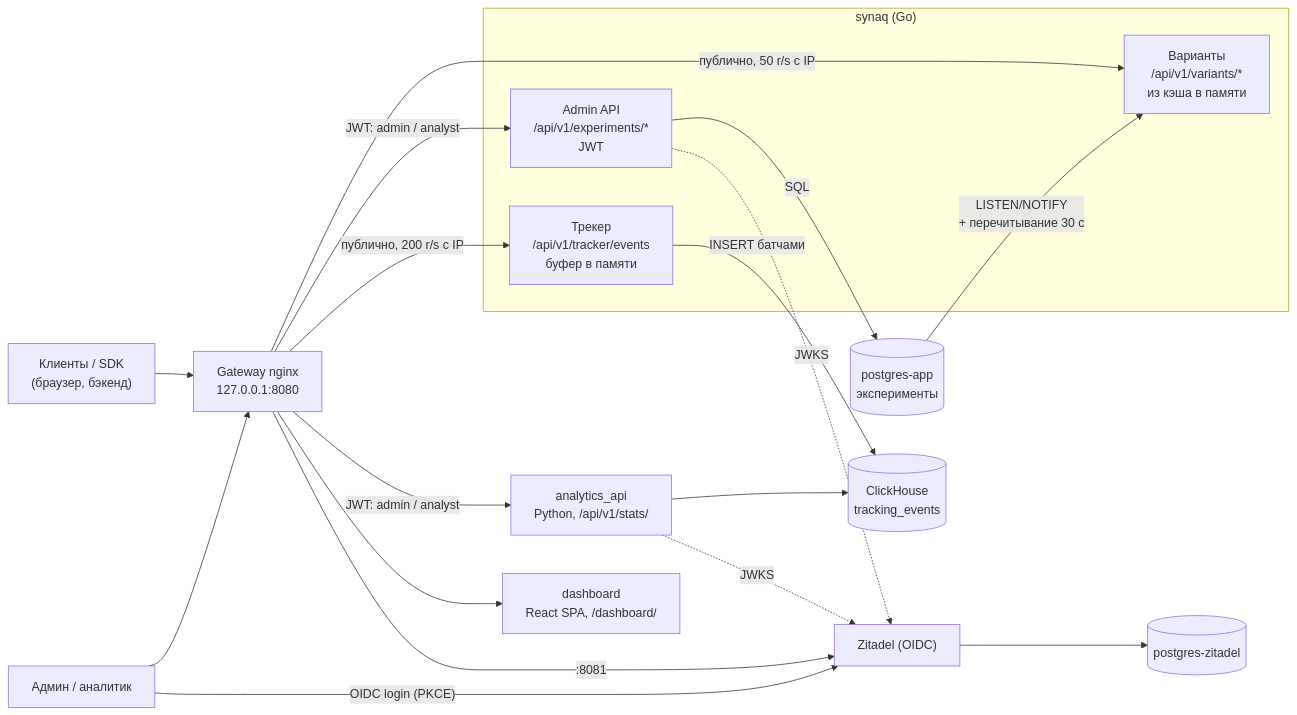
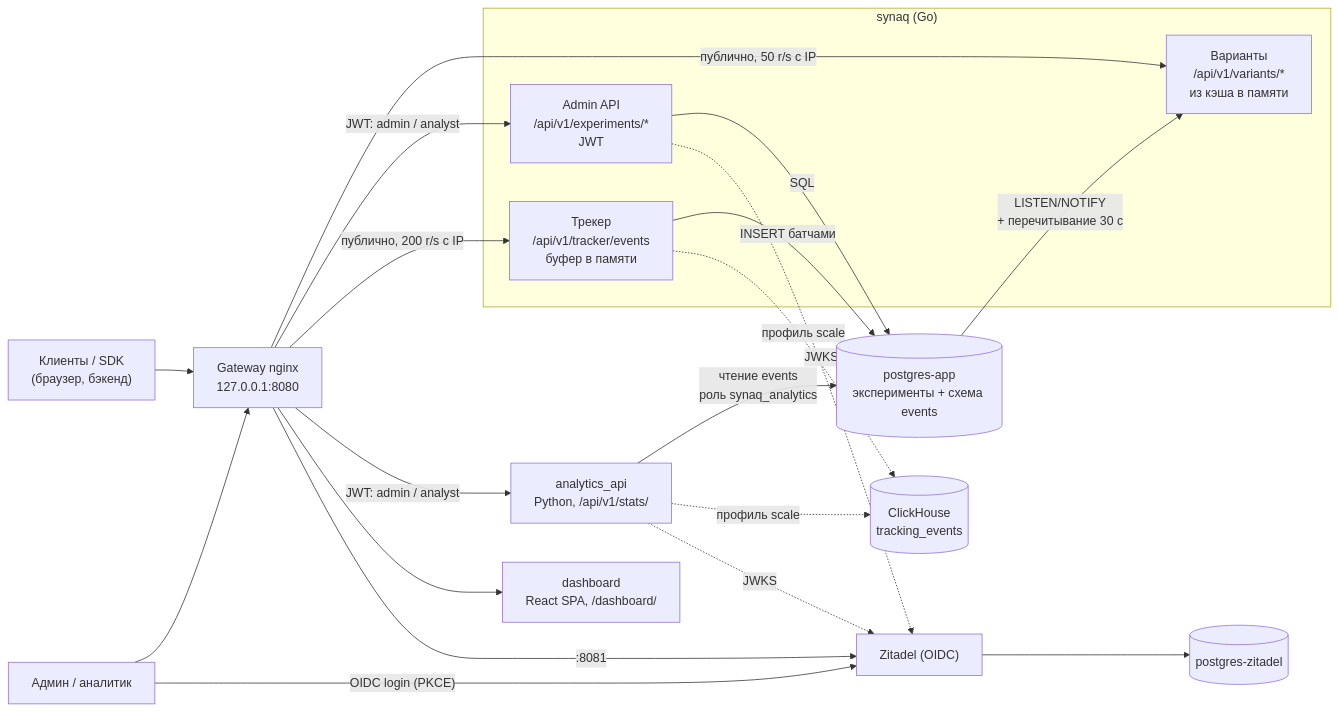
Before and after one commit to Kebiproger/synaqcore: the diagram in README.md, drawn with Mermaid. The commit also changed other lines of this file and 8 other files, not shown here.

````diff
--- a/README.md
+++ b/README.md
@@ -55,27 +58,29 @@
 ```mermaid
 flowchart LR
     C["Клиенты / SDK<br/>(браузер, бэкенд)"] --> GW["Gateway nginx<br/>127.0.0.1:8080"]
     U["Админ / аналитик"] --> GW
     U -->|"OIDC login (PKCE)"| ZT
 
     subgraph SQ["synaq (Go)"]
         VAR["Варианты<br/>/api/v1/variants/*<br/>из кэша в памяти"]
         ADM["Admin API<br/>/api/v1/experiments/*<br/>JWT"]
         TRK["Трекер<br/>/api/v1/tracker/events<br/>буфер в памяти"]
     end
 
     GW -->|"публично, 50 r/s с IP"| VAR
     GW -->|"JWT: admin / analyst"| ADM
     GW -->|"публично, 200 r/s с IP"| TRK
     GW -->|"JWT: admin / analyst"| AAPI["analytics_api<br/>Python, /api/v1/stats/"]
     GW --> DASH["dashboard<br/>React SPA, /dashboard/"]
     GW -->|":8081"| ZT["Zitadel (OIDC)"]
 
-    ADM -->|"SQL"| PGA[("postgres-app<br/>эксперименты")]
+    ADM -->|"SQL"| PGA[("postgres-app<br/>эксперименты + схема events")]
     PGA -->|"LISTEN/NOTIFY<br/>+ перечитывание 30 с"| VAR
-    TRK -->|"INSERT батчами"| CH[("ClickHouse<br/>tracking_events")]
-    AAPI --> CH
+    TRK -->|"INSERT батчами"| PGA
+    AAPI -->|"чтение events<br/>роль synaq_analytics"| PGA
+    TRK -.->|"профиль scale"| CH[("ClickHouse<br/>tracking_events")]
+    AAPI -.->|"профиль scale"| CH
     ZT --> PGZ[("postgres-zitadel")]
     ADM -. JWKS .-> ZT
     AAPI -. JWKS .-> ZT
 ```
````
